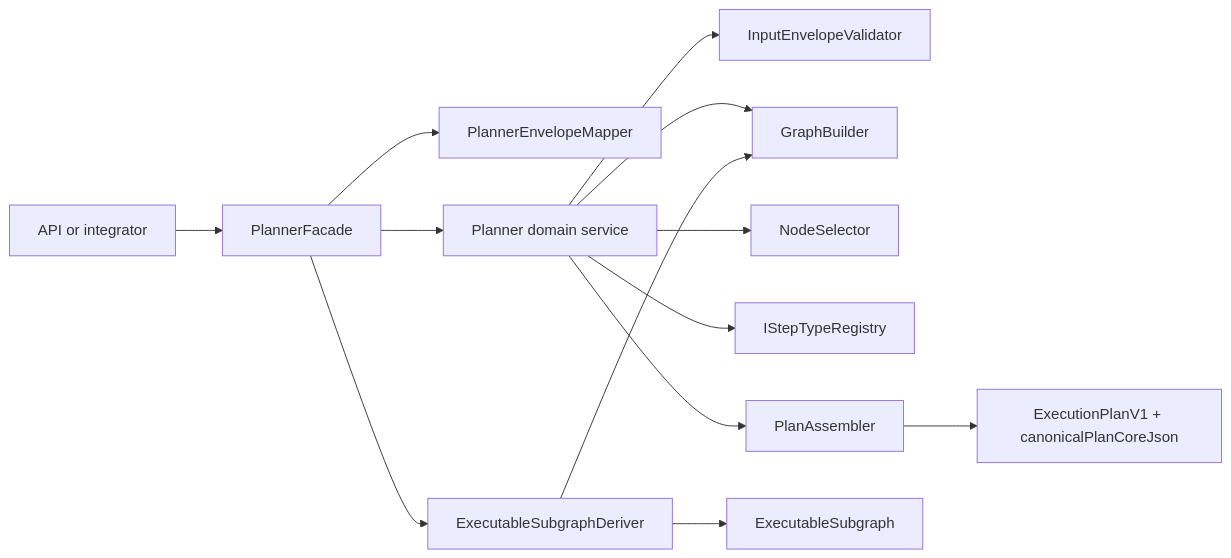
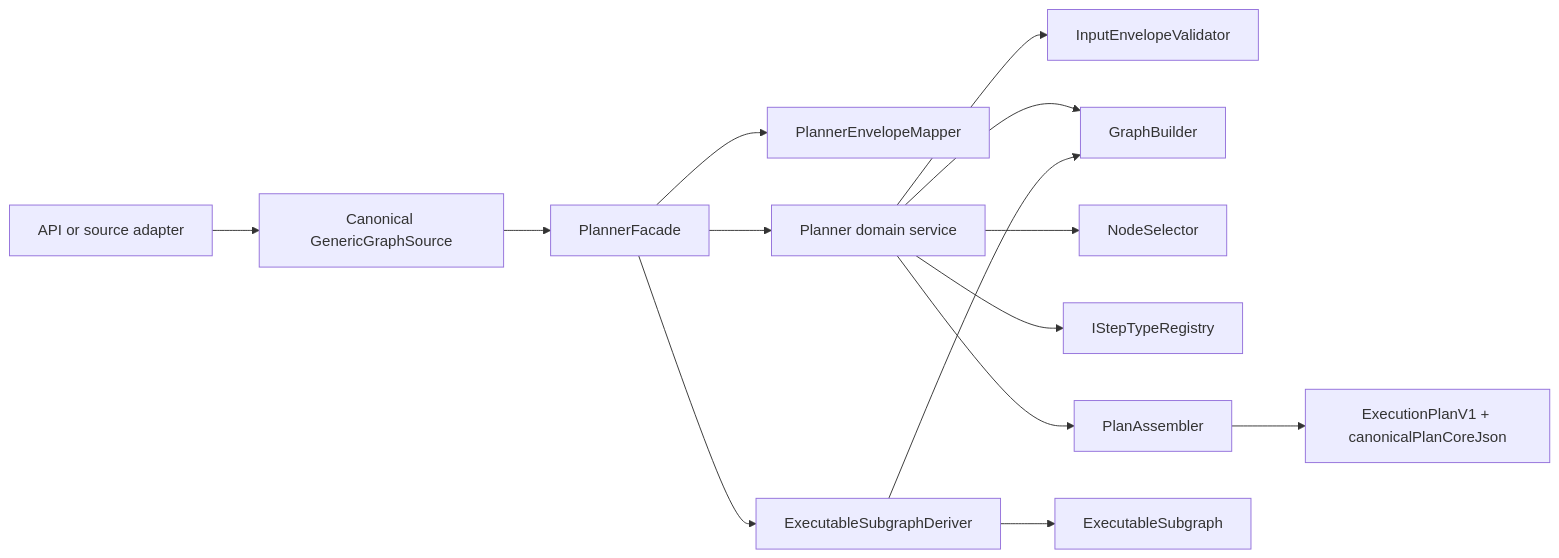
The diagram in docs/architecture/components/planner/index.md (dunay2/dvt), drawn with Mermaid before and after one commit. The commit also changed other lines of this file and 28 other files, not shown here.

````diff
--- a/docs/architecture/components/planner/index.md
+++ b/docs/architecture/components/planner/index.md
@@ -57,15 +61,16 @@
 ```mermaid
 flowchart LR
-  Caller["API or integrator"] --> Facade["PlannerFacade"]
+  Caller["API or source adapter"] --> GraphSource["Canonical GenericGraphSource"]
+  GraphSource --> Facade["PlannerFacade"]
   Facade --> Mapper["PlannerEnvelopeMapper"]
   Facade --> Planner["Planner domain service"]
   Facade --> Deriver["ExecutableSubgraphDeriver"]
   Planner --> Validator["InputEnvelopeValidator"]
   Planner --> Graph["GraphBuilder"]
   Planner --> Selector["NodeSelector"]
   Deriver --> Graph
   Planner --> Registry["IStepTypeRegistry"]
   Planner --> Assembler["PlanAssembler"]
   Assembler --> Plan["ExecutionPlanV1 + canonicalPlanCoreJson"]
   Deriver --> Subgraph["ExecutableSubgraph"]
 ```
````
